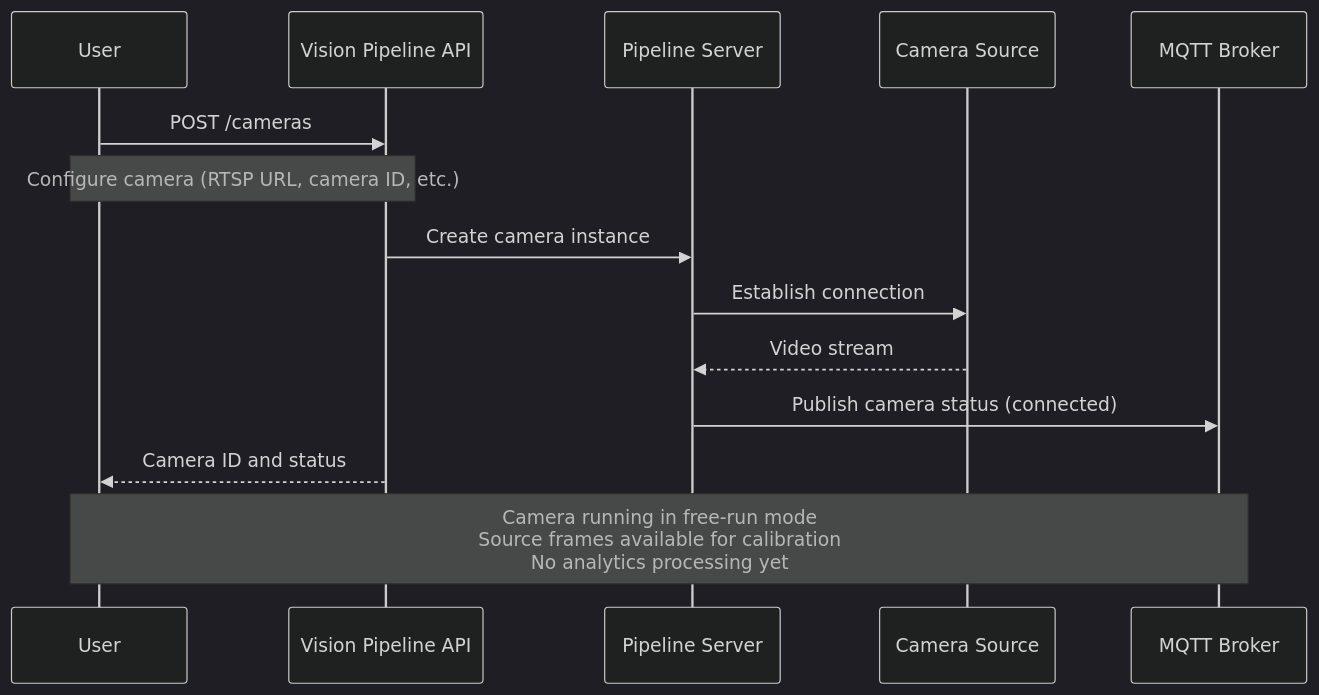
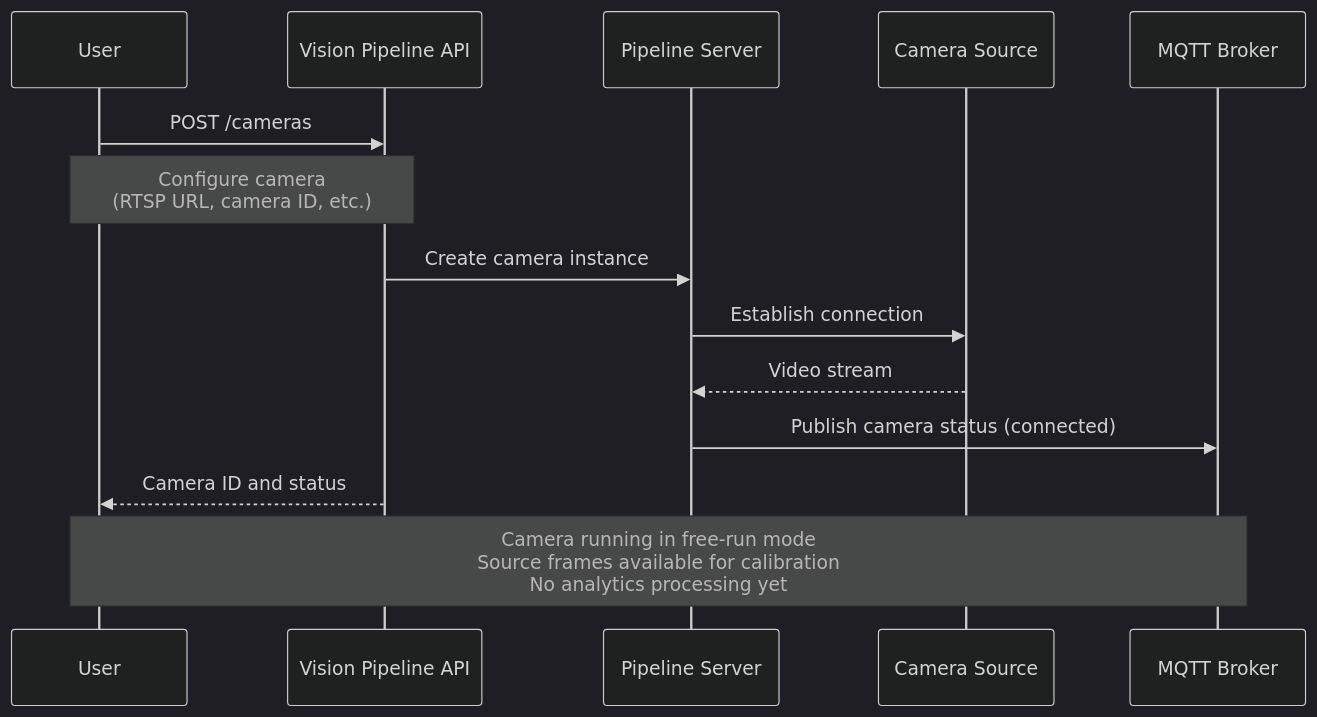
Before and after one commit to open-edge-platform/scenescape: the second of 10 diagrams in docs/design/vision-pipeline-overview.md, drawn with Mermaid (dark theme).

Commit message:
docs: add line break to prevent Mermaid note text from running outside of the note container.

````diff
--- a/docs/design/vision-pipeline-overview.md
+++ b/docs/design/vision-pipeline-overview.md
@@ -295,18 +295,18 @@
 ```mermaid
 sequenceDiagram
     participant User
     participant API as Vision Pipeline API
     participant Server as Pipeline Server
     participant Camera as Camera Source
     participant MQTT as MQTT Broker
 
     User->>API: POST /cameras
-    Note over User,API: Configure camera (RTSP URL, camera ID, etc.)
+    Note over User,API: Configure camera<br/>(RTSP URL, camera ID, etc.)
     API->>Server: Create camera instance
     Server->>Camera: Establish connection
     Camera-->>Server: Video stream
     Server->>MQTT: Publish camera status (connected)
     API-->>User: Camera ID and status
     
     Note over User,MQTT: Camera running in free-run mode<br/>Source frames available for calibration<br/>No analytics processing yet
 ```
````
